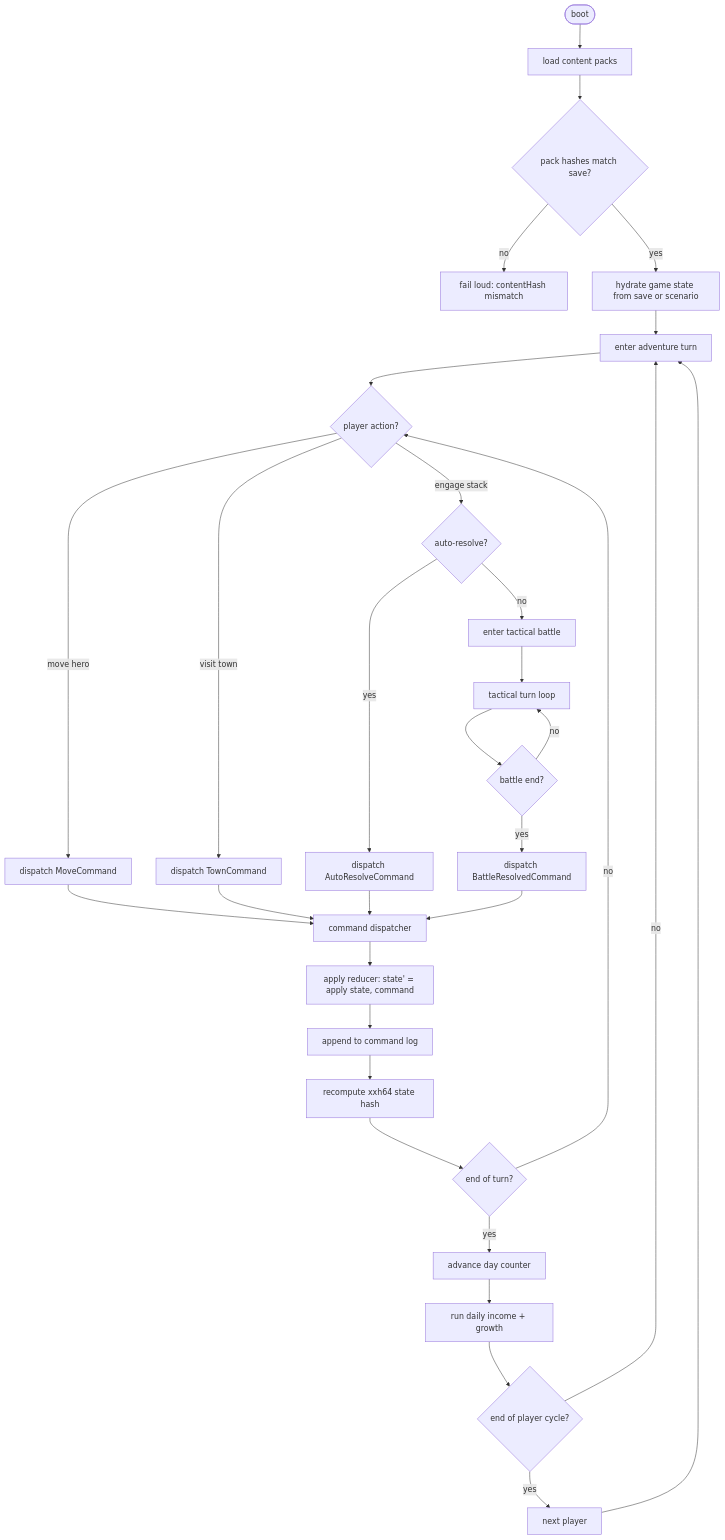
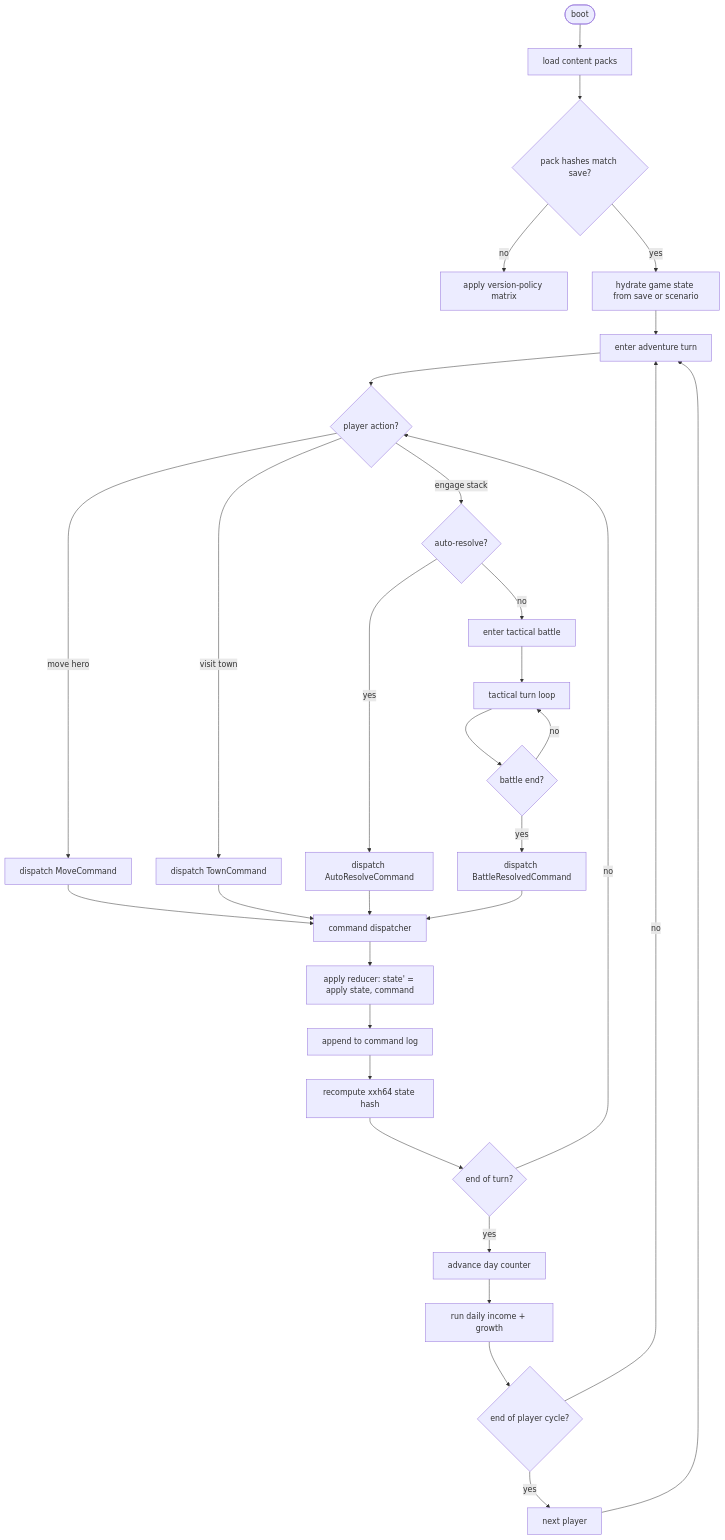
One commit to SunaNoOshiro/Heroes_Reforged_AI_Realms changed the first of 2 diagrams in docs/architecture/state-flow.md. Above: the diagram before and after it, drawn with Mermaid. The commit also changed other lines of this file and 40 other files, not shown here.

First line of the commit message:
Implement data contracts and schema plan

````diff
--- a/docs/architecture/state-flow.md
+++ b/docs/architecture/state-flow.md
@@ -10,33 +10,33 @@
 ```mermaid
 flowchart TD
     A([boot]) --> B[load content packs]
     B --> C{pack hashes match save?}
-    C -- no --> C1[fail loud: contentHash mismatch]
+    C -- no --> C1[apply version-policy matrix]
     C -- yes --> D[hydrate game state from save or scenario]
     D --> E[enter adventure turn]
     E --> F{player action?}
     F -- move hero --> G[dispatch MoveCommand]
     F -- visit town --> H[dispatch TownCommand]
     F -- engage stack --> I{auto-resolve?}
     I -- yes --> J[dispatch AutoResolveCommand]
     I -- no --> K[enter tactical battle]
     K --> L[tactical turn loop]
     L --> M{battle end?}
     M -- no --> L
     M -- yes --> N[dispatch BattleResolvedCommand]
     G --> O[command dispatcher]
     H --> O
     J --> O
     N --> O
     O --> P[apply reducer: state' = apply state, command]
     P --> Q[append to command log]
     Q --> R[recompute xxh64 state hash]
     R --> S{end of turn?}
     S -- no --> F
     S -- yes --> T[advance day counter]
     T --> U[run daily income + growth]
     U --> V{end of player cycle?}
     V -- no --> E
     V -- yes --> W[next player]
     W --> E
 ```
````
